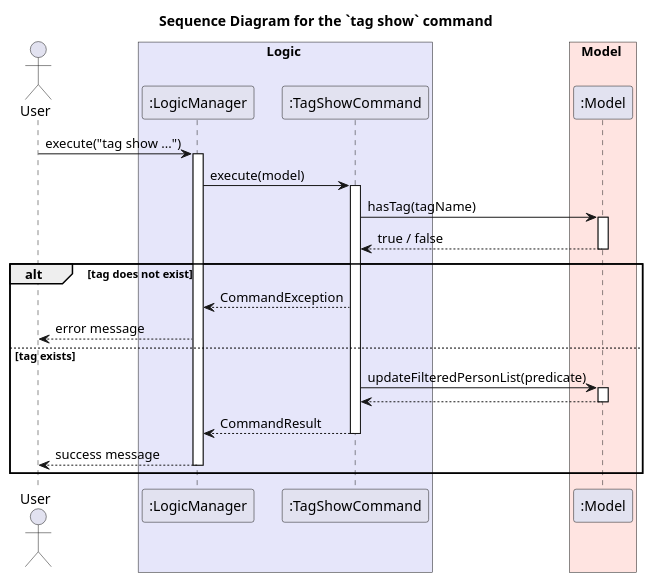
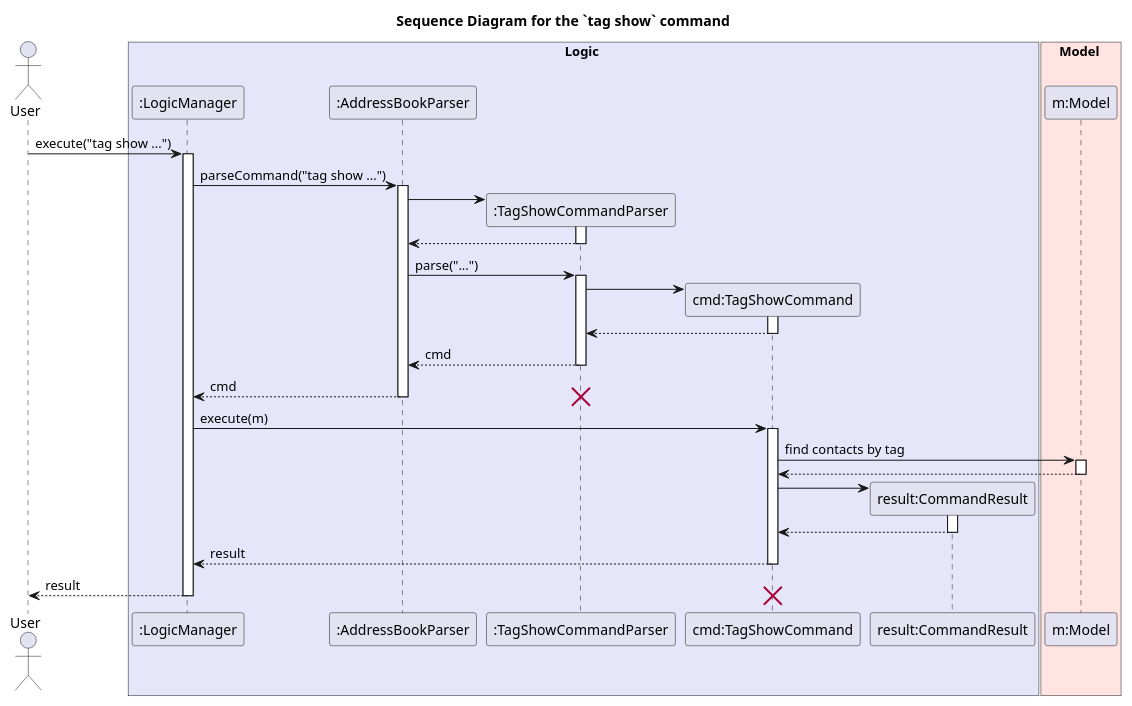
The diagram in docs/diagrams/tag/TagShowSequenceDiagram.puml (AY2526S2-CS2103-T11-1/tp), drawn with PlantUML before and after one commit. The commit also changed 1 other file, not shown here.

Commit message:
Update sequence diagram to new spec

```diff
--- a/docs/diagrams/tag/TagShowSequenceDiagram.puml
+++ b/docs/diagrams/tag/TagShowSequenceDiagram.puml
@@ -1,39 +1,69 @@
 @startuml
 title Sequence Diagram for the `tag show` command
 
 actor User
+
 box Logic #E6E6FA
 participant ":LogicManager" as Logic
-participant ":TagShowCommand" as Command
+participant ":AddressBookParser" as ABParser
+participant ":TagShowCommandParser" as Parser
+participant "cmd:TagShowCommand" as Command
+participant "result:CommandResult" as Result
 end box
 
 box Model #FFE4E1
-participant ":Model" as Model
+participant "m:Model" as Model
 end box
 
 User -> Logic : execute("tag show ...")
 activate Logic
 
-Logic -> Command : execute(model)
+Logic -> ABParser : parseCommand("tag show ...")
+activate ABParser
+
+create Parser
+ABParser -> Parser
+activate Parser
+
+ABParser <-- Parser
+deactivate Parser
+
+ABParser -> Parser : parse("...")
+activate Parser
+
+create Command
+Parser -> Command
 activate Command
 
-Command -> Model : hasTag(tagName)
+Parser <-- Command
+deactivate Command
+
+ABParser <-- Parser : cmd
+deactivate Parser
+
+Logic <-- ABParser : cmd
+destroy Parser
+deactivate ABParser
+
+Logic -> Command : execute(m)
+activate Command
+
+Command -> Model : find contacts by tag
 activate Model
-Model --> Command : true / false
+Model --> Command
 deactivate Model
 
-alt tag does not exist
-    Command --> Logic : CommandException
-    Logic --> User : error message
-else tag exists
-    Command -> Model : updateFilteredPersonList(predicate)
-    activate Model
-    Model --> Command
-    deactivate Model
-    Command --> Logic : CommandResult
-    deactivate Command
-    Logic --> User : success message
-    deactivate Logic
-end
+create Result
+Command -> Result
+activate Result
+Result --> Command
+deactivate Result
+
+Logic <-- Command : result
+deactivate Command
+
+User <-- Logic : result
+destroy Command
+deactivate Logic
 
 @enduml
```
